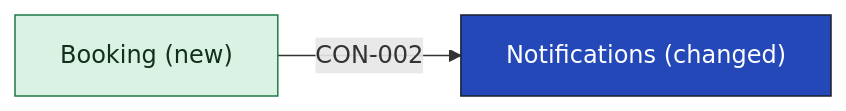
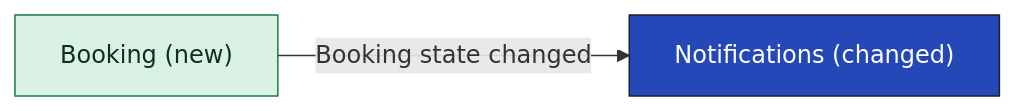
Before and after one commit to smalls257/vela: the first of 2 diagrams in examples/unified-booking/05-building-blocks/notifications-building-blocks.md, drawn with Mermaid. The commit also changed other lines of this file and 56 other files, not shown here.

````diff
--- a/examples/unified-booking/05-building-blocks/notifications-building-blocks.md
+++ b/examples/unified-booking/05-building-blocks/notifications-building-blocks.md
@@ -31,10 +31,10 @@
 ```mermaid
 flowchart LR
   n_APP_booking["Booking (new)"]
   n_APP_notifications["Notifications (changed)"]
-  n_APP_booking -->|"CON-002"| n_APP_notifications
+  n_APP_booking -->|"Booking state changed"| n_APP_notifications
   classDef focus fill:#2448b8,stroke:#19212d,color:#ffffff
   classDef new fill:#d9f2e3,stroke:#1e7a46,color:#10301d
   class n_APP_notifications focus
   class n_APP_booking new
 ```
````
